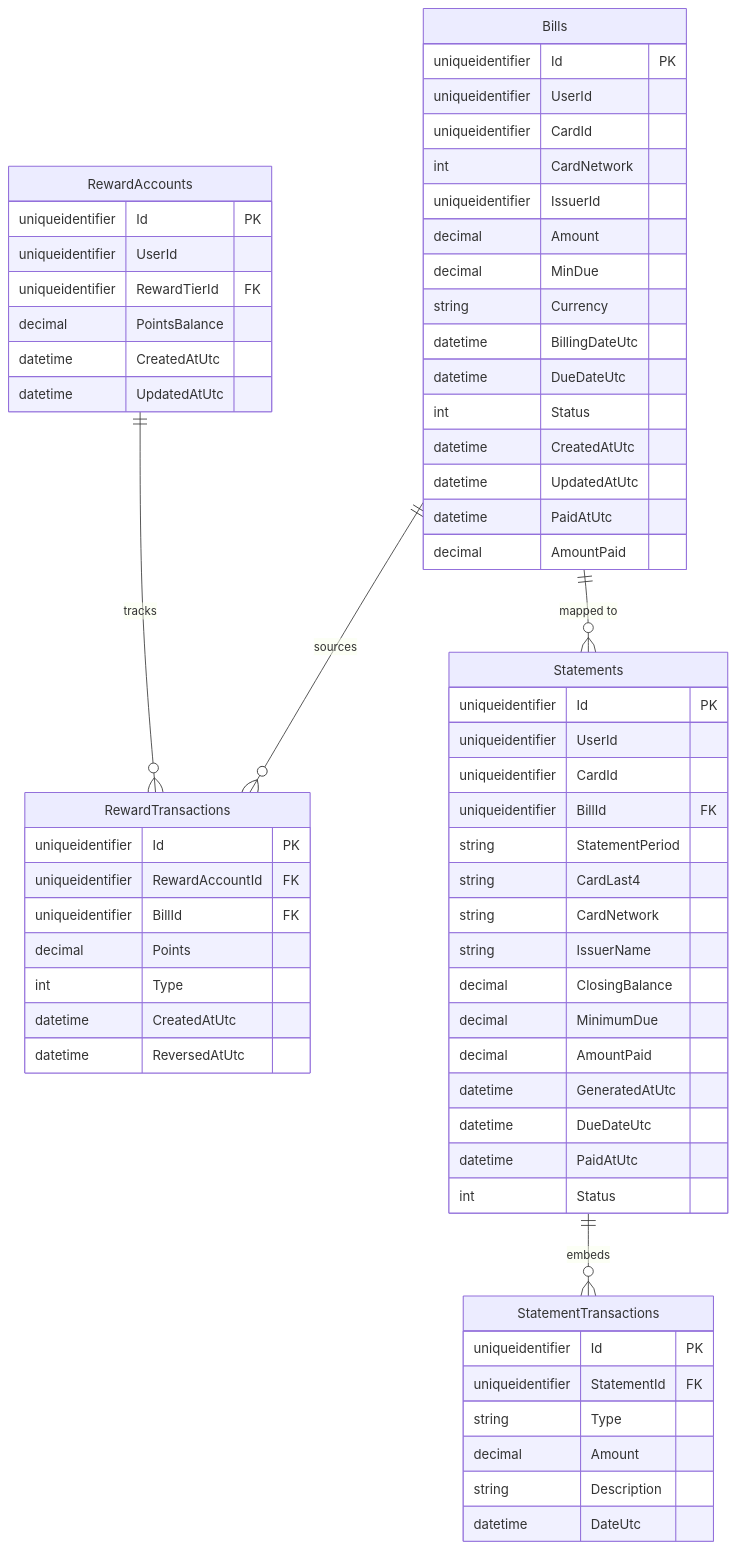
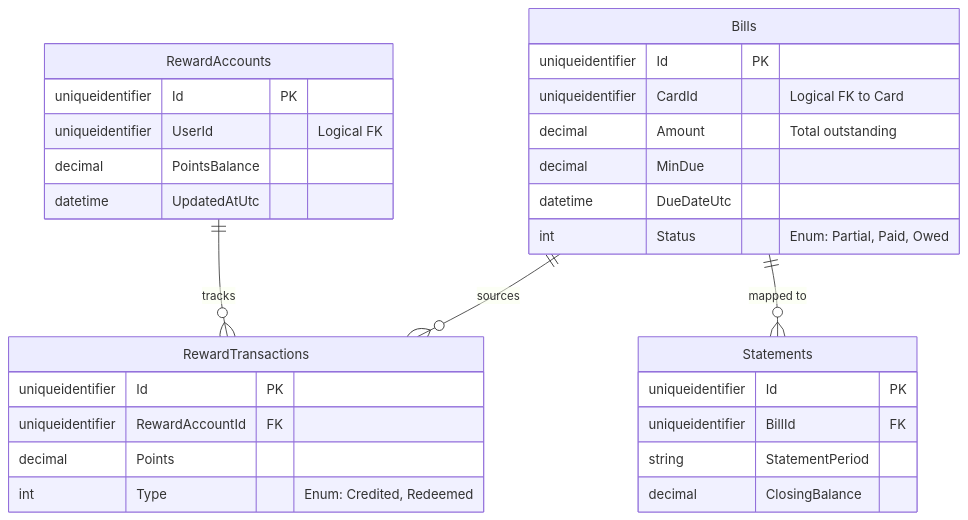
One commit to TirtharajBarma/cred-vault changed the third of 13 diagrams in src/docs/LLD.md. Above: the diagram before and after it, drawn with Mermaid. The commit also changed other lines of this file and 102 other files, not shown here.

````diff
--- a/src/docs/LLD.md
+++ b/src/docs/LLD.md
@@ -204,71 +161,36 @@
 ```mermaid
 erDiagram
     Bills {
         uniqueidentifier Id PK
-        uniqueidentifier UserId
-        uniqueidentifier CardId
-        int CardNetwork
-        uniqueidentifier IssuerId
-        decimal Amount
+        uniqueidentifier CardId "Logical FK to Card"
+        decimal Amount "Total outstanding"
         decimal MinDue
-        string Currency
-        datetime BillingDateUtc
         datetime DueDateUtc
-        int Status
-        datetime CreatedAtUtc
-        datetime UpdatedAtUtc
-        datetime PaidAtUtc
-        decimal AmountPaid
+        int Status "Enum: Partial, Paid, Owed"
     }
 
     RewardAccounts {
         uniqueidentifier Id PK
-        uniqueidentifier UserId
-        uniqueidentifier RewardTierId FK
+        uniqueidentifier UserId "Logical FK"
         decimal PointsBalance
-        datetime CreatedAtUtc
         datetime UpdatedAtUtc
     }
 
     RewardTransactions {
         uniqueidentifier Id PK
         uniqueidentifier RewardAccountId FK
-        uniqueidentifier BillId FK
         decimal Points
-        int Type
-        datetime CreatedAtUtc
-        datetime ReversedAtUtc
+        int Type "Enum: Credited, Redeemed"
     }
 
     Statements {
         uniqueidentifier Id PK
-        uniqueidentifier UserId
-        uniqueidentifier CardId
         uniqueidentifier BillId FK
         string StatementPeriod
-        string CardLast4
-        string CardNetwork
-        string IssuerName
         decimal ClosingBalance
-        decimal MinimumDue
-        decimal AmountPaid
-        datetime GeneratedAtUtc
-        datetime DueDateUtc
-        datetime PaidAtUtc
-        int Status
-    }
-
-    StatementTransactions {
-        uniqueidentifier Id PK
-        uniqueidentifier StatementId FK
-        string Type
-        decimal Amount
-        string Description
-        datetime DateUtc
     }
 
     RewardAccounts ||--o{ RewardTransactions : "tracks"
     Bills ||--o{ RewardTransactions : "sources"
-    Statements ||--o{ StatementTransactions : "embeds"
     Bills ||--o{ Statements : "mapped to"
 ```
````
